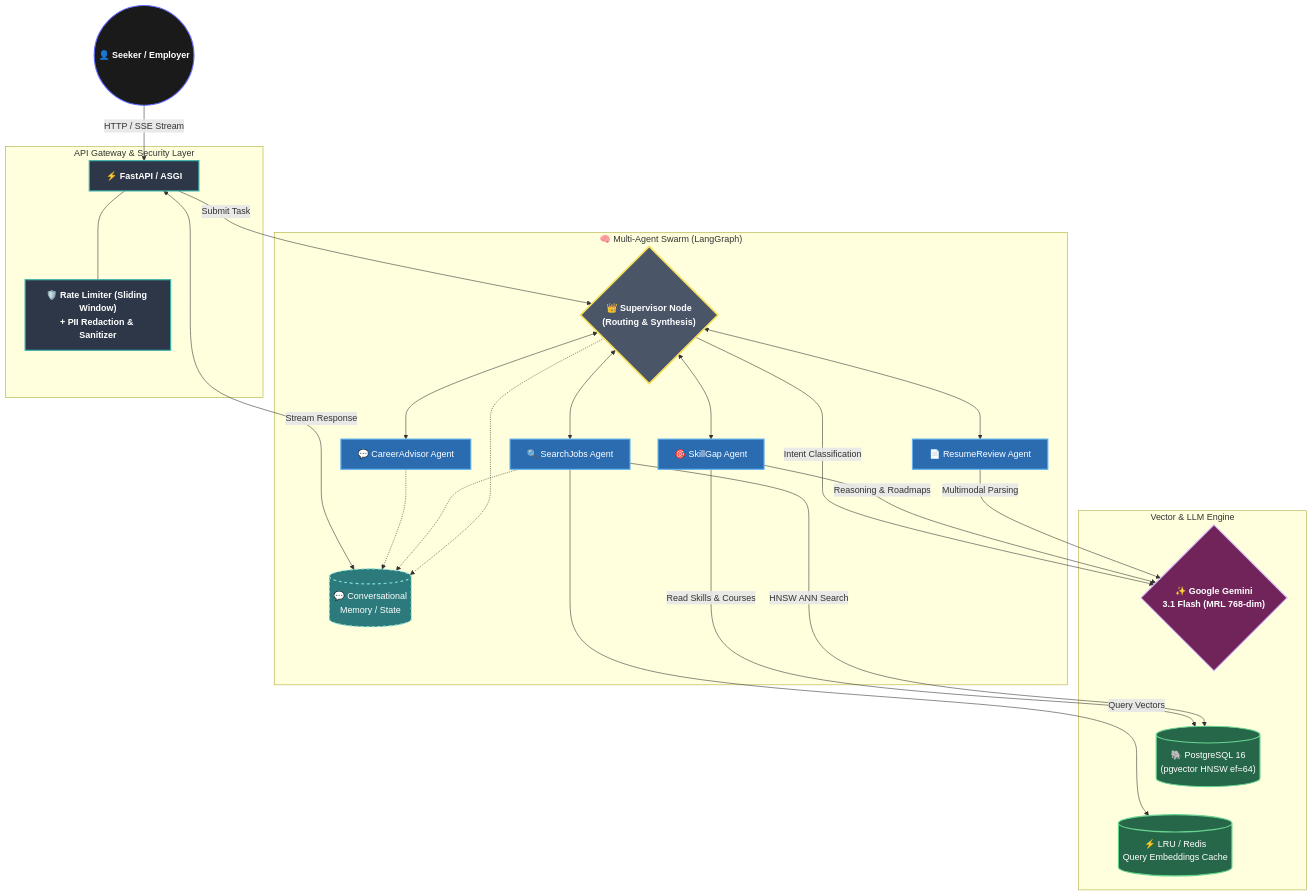
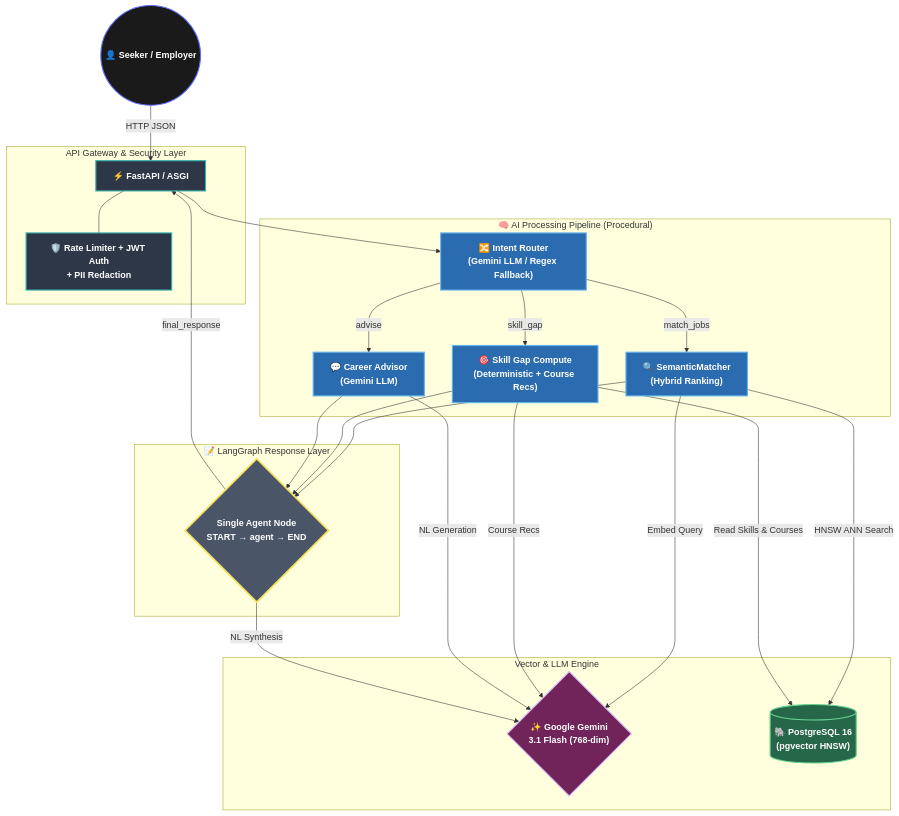
The fourth of 5 diagrams in README.md (LouSens/KerjaCerdas), drawn with Mermaid before and after one commit. The commit also changed other lines of this file and 15 other files, not shown here.

Commit message:
fix: address audit P0 issues, align documentation with architecture, and refine UI UX

````diff
--- a/README.md
+++ b/README.md
@@ -268,62 +270,52 @@
 ```mermaid
 flowchart TD
-    %% Modern Startup Aesthetics
+    %% Accurate Architecture Diagram
     classDef user fill:#1A1A1A,stroke:#646CFF,stroke-width:2px,color:#FFF,font-weight:bold
     classDef api fill:#2D3748,stroke:#38B2AC,stroke-width:2px,color:#FFF,font-weight:bold
-    classDef supervisor fill:#4A5568,stroke:#F6E05E,stroke-width:3px,color:#FFF,font-weight:bold
-    classDef worker fill:#2B6CB0,stroke:#63B3ED,stroke-width:2px,color:#FFF
-    classDef state fill:#2C7A7B,stroke:#81E6D9,stroke-width:2px,color:#FFF,stroke-dasharray: 5 5
+    classDef node fill:#4A5568,stroke:#F6E05E,stroke-width:3px,color:#FFF,font-weight:bold
+    classDef proc fill:#2B6CB0,stroke:#63B3ED,stroke-width:2px,color:#FFF
     classDef db fill:#276749,stroke:#68D391,stroke-width:2px,color:#FFF
     classDef llm fill:#702459,stroke:#D6BCFA,stroke-width:2px,color:#FFF,font-weight:bold
+    classDef future fill:#4A5568,stroke:#A0AEC0,stroke-width:2px,color:#CBD5E0,stroke-dasharray: 5 5
 
-    User((👤 Seeker / Employer)):::user
+    User(("👤 Seeker / Employer")):::user
 
     subgraph API_Layer ["API Gateway & Security Layer"]
         FastAPI["⚡ FastAPI / ASGI"]:::api
-        Middleware["🛡️ Rate Limiter (Sliding Window)\n+ PII Redaction & Sanitizer"]:::api
+        Middleware["🛡️ Rate Limiter + JWT Auth\n+ PII Redaction"]:::api
         FastAPI --- Middleware
     end
 
-    subgraph LangGraph_Swarm ["🧠 Multi-Agent Swarm (LangGraph)"]
-        Supervisor{"👑 Supervisor Node\n(Routing & Synthesis)"}:::supervisor
-        
-        %% Agents
-        SearchAgent["🔍 SearchJobs Agent"]:::worker
-        ReviewAgent["📄 ResumeReview Agent"]:::worker
-        GapAgent["🎯 SkillGap Agent"]:::worker
-        AdvisorAgent["💬 CareerAdvisor Agent"]:::worker
-        
-        GraphState[("💬 Conversational\nMemory / State")]:::state
+    subgraph Processing ["🧠 AI Processing Pipeline (Procedural)"]
+        Router["🔀 Intent Router\n(Gemini LLM / Regex Fallback)"]:::proc
+        Matcher["🔍 SemanticMatcher\n(Hybrid Ranking)"]:::proc
+        SkillGap["🎯 Skill Gap Compute\n(Deterministic + Course Recs)"]:::proc
+        Advisor["💬 Career Advisor\n(Gemini LLM)"]:::proc
+    end
 
-        Supervisor <--> SearchAgent
-        Supervisor <--> ReviewAgent
-        Supervisor <--> GapAgent
-        Supervisor <--> AdvisorAgent
-        
-        Supervisor -.-> GraphState
-        SearchAgent -.-> GraphState
-        AdvisorAgent -.-> GraphState
+    subgraph LangGraph_Node ["📝 LangGraph Response Layer"]
+        AgentNode{"Single Agent Node\nSTART → agent → END"}:::node
     end
 
     subgraph Infrastructure ["Vector & LLM Engine"]
-        Gemini{"✨ Google Gemini\n3.1 Flash (MRL 768-dim)"}:::llm
-        PG[("🐘 PostgreSQL 16\n(pgvector HNSW ef=64)")]:::db
-        Cache[("⚡ LRU / Redis\nQuery Embeddings Cache")]:::db
-        
-        Gemini ~~~ PG
-        PG ~~~ Cache
+        Gemini{"✨ Google Gemini\n3.1 Flash (768-dim)"}:::llm
+        PG[("🐘 PostgreSQL 16\n(pgvector HNSW)")]:::db
     end
 
-    %% Vertical Data Flow
-    User -->|HTTP / SSE Stream| FastAPI
-    FastAPI -->|Submit Task| Supervisor
-    FastAPI <-->|Stream Response| GraphState
+    User -->|HTTP JSON| FastAPI
+    FastAPI --> Router
+    Router -->|match_jobs| Matcher
+    Router -->|skill_gap| SkillGap
+    Router -->|advise| Advisor
+    Matcher --> AgentNode
+    SkillGap --> AgentNode
+    Advisor --> AgentNode
+    AgentNode -->|final_response| FastAPI
 
-    %% Agents to Infrastructure
-    SearchAgent -->|HNSW ANN Search| PG
-    GapAgent -->|Read Skills & Courses| PG
-    ReviewAgent -->|Multimodal Parsing| Gemini
-    GapAgent -->|Reasoning & Roadmaps| Gemini
-    Supervisor -->|Intent Classification| Gemini
-    SearchAgent -->|Query Vectors| Cache
+    Matcher -->|HNSW ANN Search| PG
+    SkillGap -->|Read Skills & Courses| PG
+    Matcher -->|Embed Query| Gemini
+    SkillGap -->|Course Recs| Gemini
+    Advisor -->|NL Generation| Gemini
+    AgentNode -->|NL Synthesis| Gemini
 ```
````
